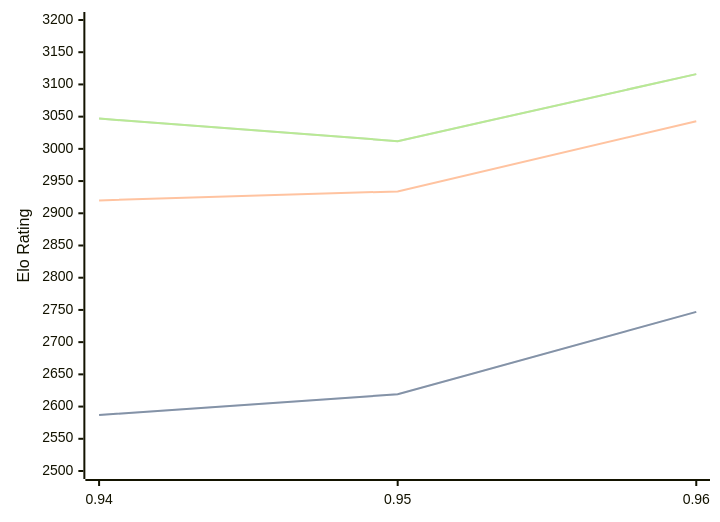
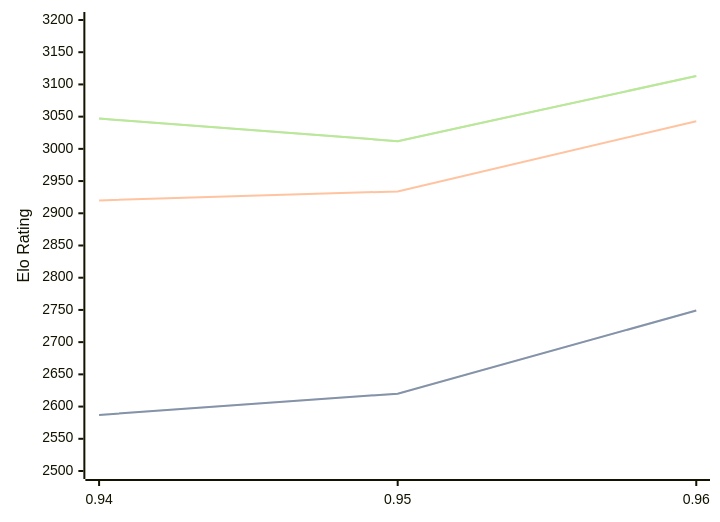
Before and after one commit to computer-chess-index/cci: the third of 3 diagrams in engines/Myrddin.md, drawn with Mermaid. The commit also changed other lines of this file, not shown here.

Commit message:
Update CCI Ratings (ELO VLTC) - 2026-07-09

````diff
--- a/engines/Myrddin.md
+++ b/engines/Myrddin.md
@@ -71,11 +71,11 @@
 ```mermaid
 %%{init: {"theme":"base","themeVariables":{"seriesColors:['#a3a3a3','#222221','#faa371']}}}%%
 xychart-beta
   x-axis ["0.94", "0.95", "0.96"]
   y-axis "Elo Rating" 2500 --> 3200
-  line "STC (8.0+0.08s)" [2587, 2619, 2747]
-  line "STC (8.0+0.08s)" [2587, 2619, 2747]
+  line "STC (8.0+0.08s)" [2587, 2620, 2749]
+  line "STC (8.0+0.08s)" [2587, 2620, 2749]
   line "LTC (60.0+0.60s)" [2920, 2934, 3043]
-  line "VLTC (2m24s+1.12s)" [3047, 3012, 3116]
-  line "VLTC (2m24s+1.12s)" [3047, 3012, 3116]
+  line "VLTC (2m24s+1.12s)" [3047, 3012, 3113]
+  line "VLTC (2m24s+1.12s)" [3047, 3012, 3113]
 ```
````
